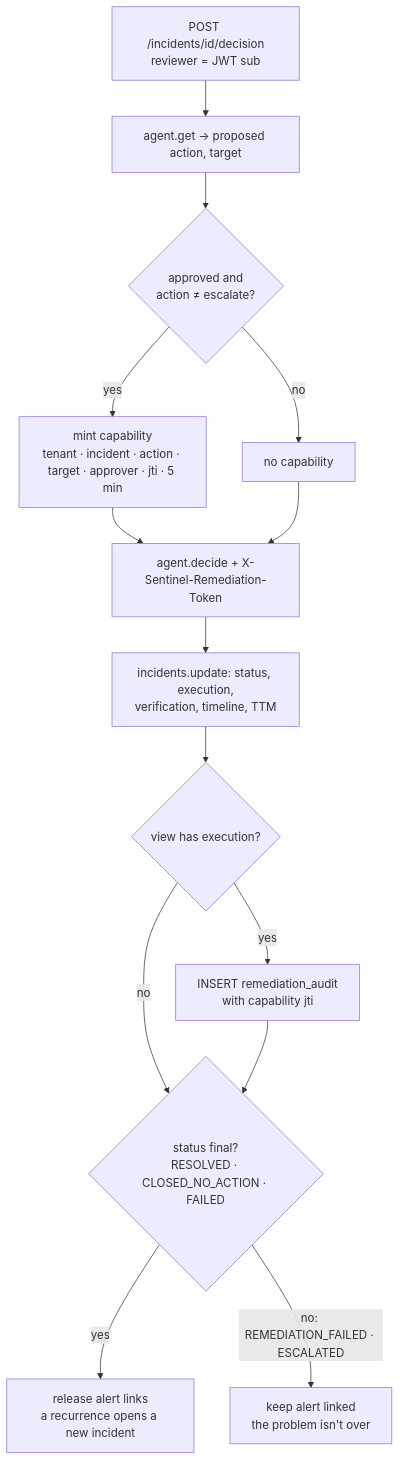
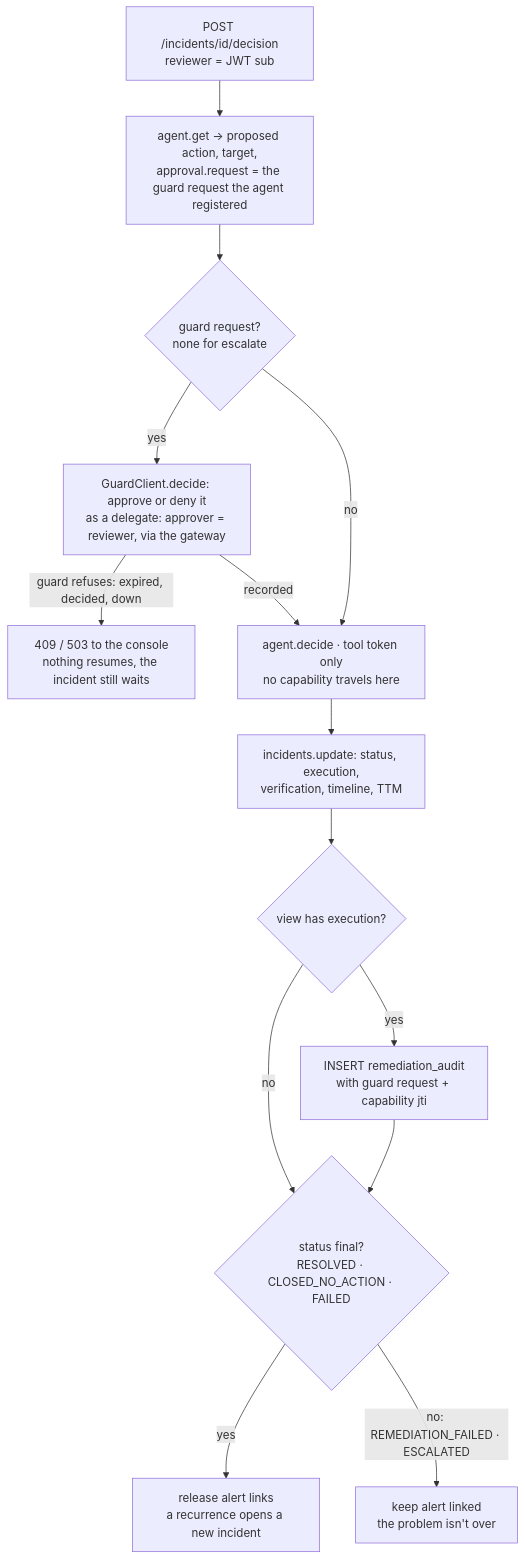
Before and after one commit to abdulmdev/sentinel-incident-copilot: the diagram in docs/handbook/diagrams/03-decide.mmd, drawn with Mermaid. The commit also changed 173 other files, not shown here.

First line of the commit message:
The copilot on Sentinel Guard: one approval and capability path

```diff
--- a/docs/handbook/diagrams/03-decide.mmd
+++ b/docs/handbook/diagrams/03-decide.mmd
@@ -1,14 +1,14 @@
 flowchart TB
-  D[POST /incidents/id/decision<br/>reviewer = JWT sub] --> G[agent.get → proposed action, target]
-  G --> Q{approved and<br/>action ≠ escalate?}
-  Q -->|yes| M[mint capability<br/>tenant · incident · action · target · approver · jti · 5 min]
-  Q -->|no| N[no capability]
-  M --> A[agent.decide + X-Sentinel-Remediation-Token]
-  N --> A
+  D[POST /incidents/id/decision<br/>reviewer = JWT sub] --> G[agent.get → proposed action, target,<br/>approval.request = the guard request the agent registered]
+  G --> Q{guard request?<br/>none for escalate}
+  Q -->|yes| M[GuardClient.decide: approve or deny it<br/>as a delegate: approver = reviewer, via the gateway]
+  M -->|guard refuses: expired, decided, down| X[409 / 503 to the console<br/>nothing resumes, the incident still waits]
+  M -->|recorded| A[agent.decide · tool token only<br/>no capability travels here]
+  Q -->|no| A
   A --> U[incidents.update: status, execution,<br/>verification, timeline, TTM]
   U --> E{view has execution?}
-  E -->|yes| AU[INSERT remediation_audit<br/>with capability jti]
+  E -->|yes| AU[INSERT remediation_audit<br/>with guard request + capability jti]
   E -->|no| F
   AU --> F{status final?<br/>RESOLVED · CLOSED_NO_ACTION · FAILED}
   F -->|yes| R[release alert links<br/>a recurrence opens a new incident]
   F -->|no: REMEDIATION_FAILED · ESCALATED| K[keep alert linked<br/>the problem isn't over]
```
